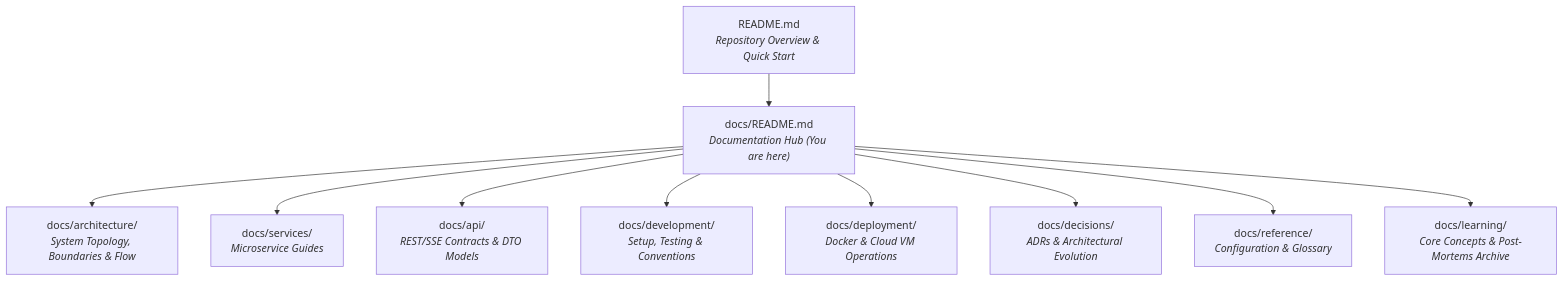
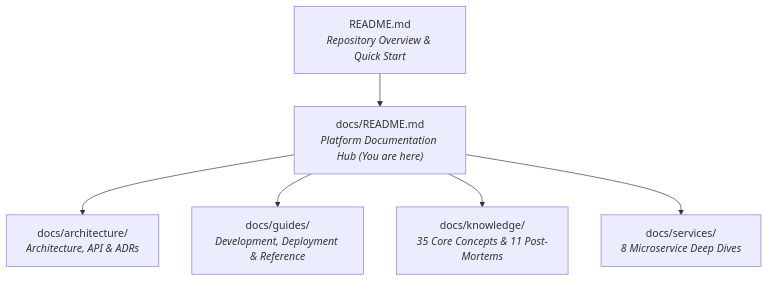
One commit to parvagr247/data-enrichment-ai-intelligence changed the diagram in docs/README.md. Above: the diagram before and after it, drawn with Mermaid. The commit also changed other lines of this file and 32 other files, not shown here.

````diff
--- a/docs/README.md
+++ b/docs/README.md
@@ -11,24 +11,16 @@
 ```mermaid
 flowchart TD
     Root["README.md<br/><i>Repository Overview & Quick Start</i>"]
-    Hub["docs/README.md<br/><i>Documentation Hub (You are here)</i>"]
+    Hub["docs/README.md<br/><i>Platform Documentation Hub (You are here)</i>"]
 
-    Arch["docs/architecture/<br/><i>System Topology, Boundaries & Flow</i>"]
-    Serv["docs/services/<br/><i>Microservice Guides</i>"]
-    API["docs/api/<br/><i>REST/SSE Contracts & DTO Models</i>"]
-    Dev["docs/development/<br/><i>Setup, Testing & Conventions</i>"]
-    Dep["docs/deployment/<br/><i>Docker & Cloud VM Operations</i>"]
-    ADR["docs/decisions/<br/><i>ADRs & Architectural Evolution</i>"]
-    Ref["docs/reference/<br/><i>Configuration & Glossary</i>"]
-    Learn["docs/learning/<br/><i>Core Concepts & Post-Mortems Archive</i>"]
+    Arch["docs/architecture/<br/><i>Architecture, API & ADRs</i>"]
+    Guides["docs/guides/<br/><i>Development, Deployment & Reference</i>"]
+    Knowledge["docs/knowledge/<br/><i>35 Core Concepts & 11 Post-Mortems</i>"]
+    Serv["docs/services/<br/><i>8 Microservice Deep Dives</i>"]
 
     Root --> Hub
     Hub --> Arch
+    Hub --> Guides
+    Hub --> Knowledge
     Hub --> Serv
-    Hub --> API
-    Hub --> Dev
-    Hub --> Dep
-    Hub --> ADR
-    Hub --> Ref
-    Hub --> Learn
 ```
````
